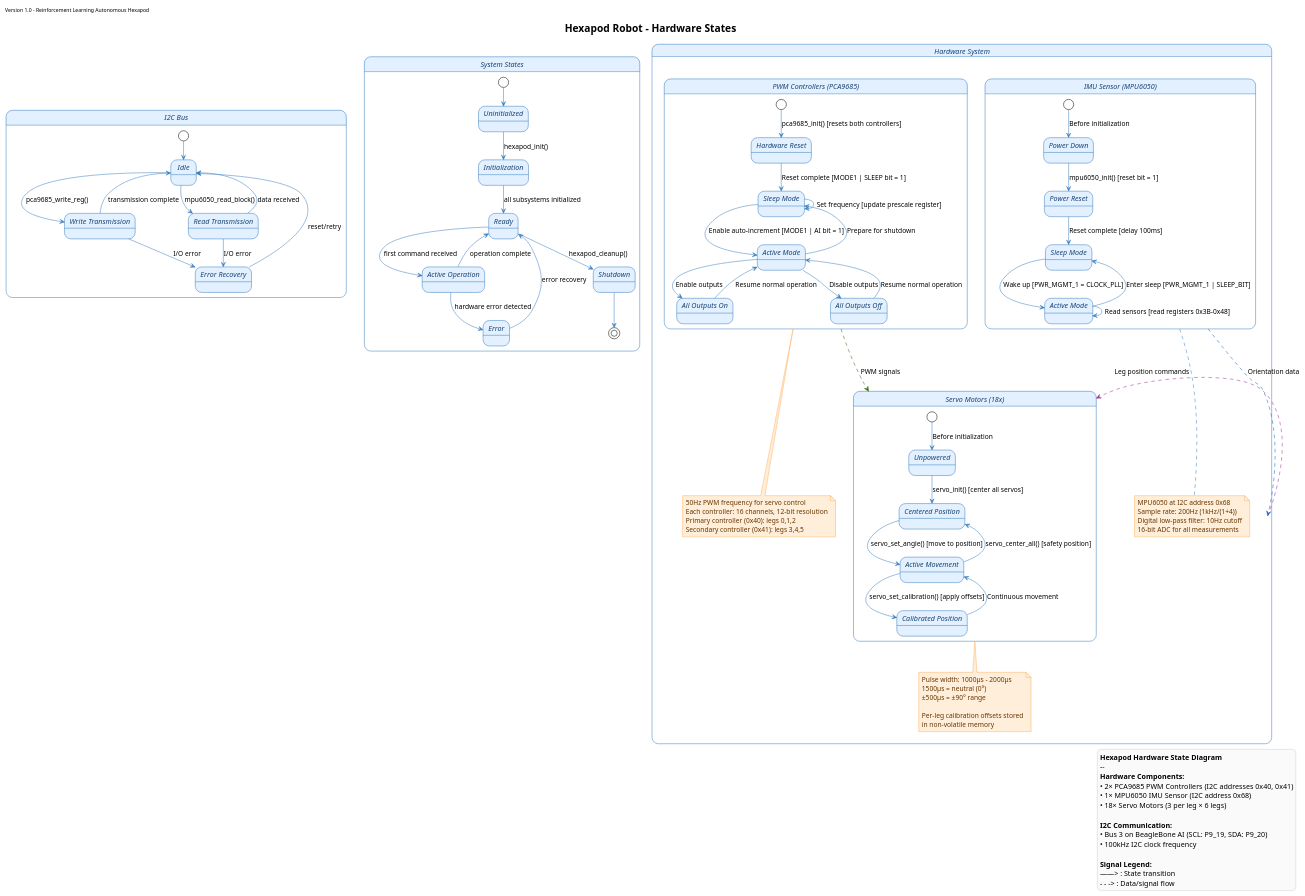
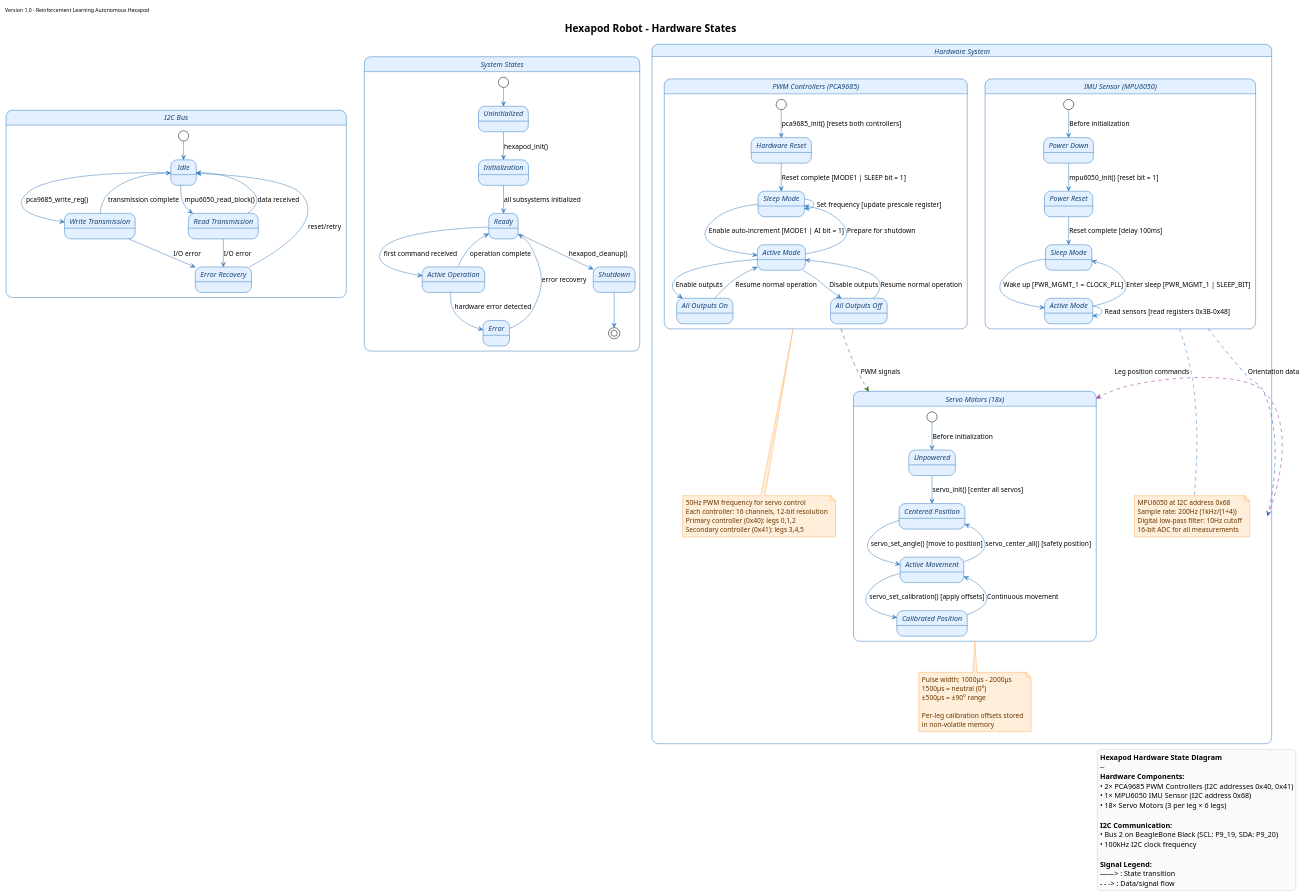
One commit to NguyenTrongPhuc552003/reinforcement-automative-hexapod changed the diagram in docs/diagram/src/state.puml. Above: the diagram before and after it, drawn with PlantUML. The commit also changed 13 other files, not shown here.

Commit message:
Replace BeagleBone AI with the other branch - Black

```diff
--- a/docs/diagram/src/state.puml
+++ b/docs/diagram/src/state.puml
@@ -20,170 +20,170 @@
 @startuml state
 !theme plain
 
 title <font size=20><b>Hexapod Robot - Hardware States</b></font>
 left header Version 1.0 - Reinforcement Learning Autonomous Hexapod
-right header BeagleBone AI Platform
+right header BeagleBone Black Platform
 
 skinparam {
     stateBackgroundColor #E2F0FF
     stateBorderColor #3C7FC0
     stateArrowColor #3C7FC0
     stateFontStyle bold
     
     stateAttributeFontColor #1A4473
     stateAttributeFontStyle italic
     
     legendBackgroundColor #FAFAFA
     legendBorderColor #D0D0D0
     
     stateStartColor #28A745
     stateEndColor #DC3545
     
     noteBorderColor #FFB266
     noteBackgroundColor #FFEED9
     noteFontColor #663500
 }
 
 ' Overall hardware system state
 state "Hardware System" as SystemState {
 
     ' PWM Controller states
     state "PWM Controllers (PCA9685)" as PWMState {
         state "Hardware Reset" as PWM_RESET
         state "Sleep Mode" as PWM_SLEEP
         state "Active Mode" as PWM_ACTIVE
         state "All Outputs On" as PWM_ALL_ON
         state "All Outputs Off" as PWM_ALL_OFF
         
         ' Transitions
         [*] --> PWM_RESET : pca9685_init() [resets both controllers]
         PWM_RESET --> PWM_SLEEP : Reset complete [MODE1 | SLEEP bit = 1]
         PWM_SLEEP --> PWM_SLEEP : Set frequency [update prescale register]
         PWM_SLEEP --> PWM_ACTIVE : Enable auto-increment [MODE1 | AI bit = 1]
         PWM_ACTIVE --> PWM_ALL_OFF : Disable outputs
         PWM_ACTIVE --> PWM_ALL_ON : Enable outputs
         PWM_ALL_OFF --> PWM_ACTIVE : Resume normal operation
         PWM_ALL_ON --> PWM_ACTIVE : Resume normal operation
         PWM_ACTIVE --> PWM_SLEEP : Prepare for shutdown
     }
     
     ' IMU Sensor states
     state "IMU Sensor (MPU6050)" as IMUState {
         state "Power Down" as IMU_OFF
         state "Power Reset" as IMU_RESET
         state "Sleep Mode" as IMU_SLEEP
         state "Active Mode" as IMU_ACTIVE
         
         ' Transitions
         [*] --> IMU_OFF : Before initialization
         IMU_OFF --> IMU_RESET : mpu6050_init() [reset bit = 1]
         IMU_RESET --> IMU_SLEEP : Reset complete [delay 100ms]
         IMU_SLEEP --> IMU_ACTIVE : Wake up [PWR_MGMT_1 = CLOCK_PLL]
         IMU_ACTIVE --> IMU_SLEEP : Enter sleep [PWR_MGMT_1 | SLEEP_BIT]
         IMU_ACTIVE --> IMU_ACTIVE : Read sensors [read registers 0x3B-0x48]
     }
     
     ' Servo Motors states
     state "Servo Motors (18x)" as ServoState {
         state "Unpowered" as SERVO_OFF
         state "Centered Position" as SERVO_CENTER
         state "Active Movement" as SERVO_ACTIVE
         state "Calibrated Position" as SERVO_CALIBRATED
         
         ' Transitions
         [*] --> SERVO_OFF : Before initialization
         SERVO_OFF --> SERVO_CENTER : servo_init() [center all servos]
         SERVO_CENTER --> SERVO_ACTIVE : servo_set_angle() [move to position]
         SERVO_ACTIVE --> SERVO_CALIBRATED : servo_set_calibration() [apply offsets]
         SERVO_CALIBRATED --> SERVO_ACTIVE : Continuous movement
         SERVO_ACTIVE --> SERVO_CENTER : servo_center_all() [safety position]
     }
     
     ' Detailed notes for hardware states
     note bottom of PWMState
       50Hz PWM frequency for servo control
       Each controller: 16 channels, 12-bit resolution
       Primary controller (0x40): legs 0,1,2
       Secondary controller (0x41): legs 3,4,5
     end note
     
     note bottom of IMUState
       MPU6050 at I2C address 0x68
       Sample rate: 200Hz (1kHz/(1+4))
       Digital low-pass filter: 10Hz cutoff
       16-bit ADC for all measurements
     end note
     
     note bottom of ServoState
       Pulse width: 1000μs - 2000μs
       1500μs = neutral (0°)
       ±500μs = ±90° range
       
       Per-leg calibration offsets stored
       in non-volatile memory
     end note
 }
 
 ' I2C Bus states
 state "I2C Bus" as I2CBus {
     state "Idle" as I2C_IDLE
     state "Write Transmission" as I2C_WRITE
     state "Read Transmission" as I2C_READ
     state "Error Recovery" as I2C_ERROR
     
     ' Transitions
     [*] --> I2C_IDLE
     I2C_IDLE --> I2C_WRITE : pca9685_write_reg()
     I2C_IDLE --> I2C_READ : mpu6050_read_block()
     I2C_WRITE --> I2C_IDLE : transmission complete
     I2C_READ --> I2C_IDLE : data received
     I2C_WRITE --> I2C_ERROR : I/O error
     I2C_READ --> I2C_ERROR : I/O error
     I2C_ERROR --> I2C_IDLE : reset/retry
 }
 
 ' Global transitions between major components
 PWMState -[#336600,dashed]-> ServoState : PWM signals
 IMUState -[#0066CC,dashed]-> SystemState : Orientation data
 SystemState -[#993399,dashed]-> ServoState : Leg position commands
 
 ' Main system states
 state "System States" as MainSystemState {
     state "Uninitialized" as SYS_UNINIT
     state "Initialization" as SYS_INIT
     state "Ready" as SYS_READY
     state "Active Operation" as SYS_ACTIVE
     state "Error" as SYS_ERROR
     state "Shutdown" as SYS_SHUTDOWN
     
     ' Main system transitions
     [*] --> SYS_UNINIT
     SYS_UNINIT --> SYS_INIT : hexapod_init()
     SYS_INIT --> SYS_READY : all subsystems initialized
     SYS_READY --> SYS_ACTIVE : first command received
     SYS_ACTIVE --> SYS_ERROR : hardware error detected
     SYS_ERROR --> SYS_READY : error recovery
     SYS_ACTIVE --> SYS_READY : operation complete
     SYS_READY --> SYS_SHUTDOWN : hexapod_cleanup()
     SYS_SHUTDOWN --> [*]
 }
 
 ' Comprehensive legend with hardware info
 legend right
   <b>Hexapod Hardware State Diagram</b>
   --
   <b>Hardware Components:</b>
   • 2× PCA9685 PWM Controllers (I2C addresses 0x40, 0x41)
   • 1× MPU6050 IMU Sensor (I2C address 0x68)
   • 18× Servo Motors (3 per leg × 6 legs)
   
   <b>I2C Communication:</b>
-  • Bus 3 on BeagleBone AI (SCL: P9_19, SDA: P9_20)
+  • Bus 2 on BeagleBone Black (SCL: P9_19, SDA: P9_20)
   • 100kHz I2C clock frequency
   
   <b>Signal Legend:</b>
   ——> : State transition
   - - -> : Data/signal flow
 endlegend
 
 @enduml
```
